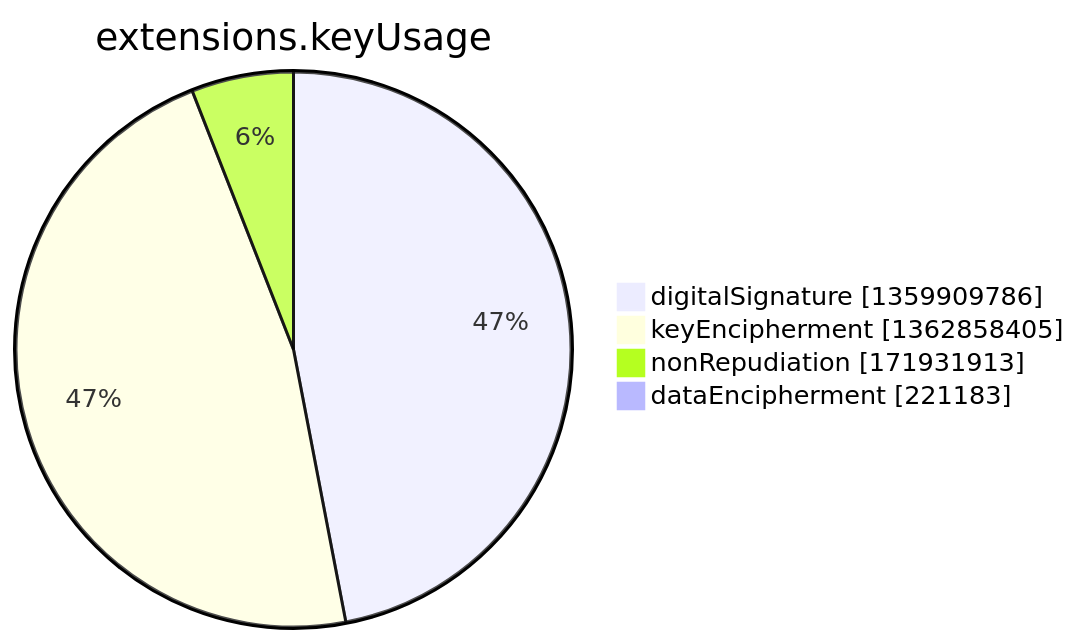
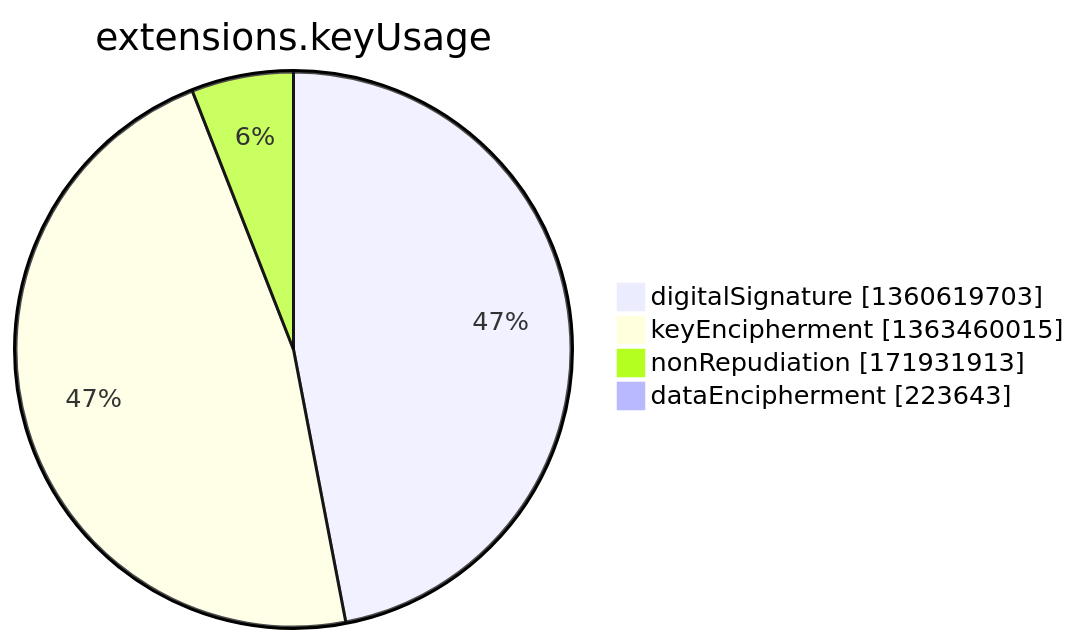
Before and after one commit to christiankrug/ctmonitor_visualization: the seventh of 15 diagrams in argon2022/README.md, drawn with Mermaid. The commit also changed other lines of this file, not shown here.

````diff
--- a/argon2022/README.md
+++ b/argon2022/README.md
@@ -2750,8 +2750,8 @@
 ```mermaid
 pie showData
 title extensions.keyUsage
-"digitalSignature" :1359909786
-"keyEncipherment" :1362858405
+"digitalSignature" :1360619703
+"keyEncipherment" :1363460015
 "nonRepudiation" :171931913
-"dataEncipherment" :221183
+"dataEncipherment" :223643
 ```
````
